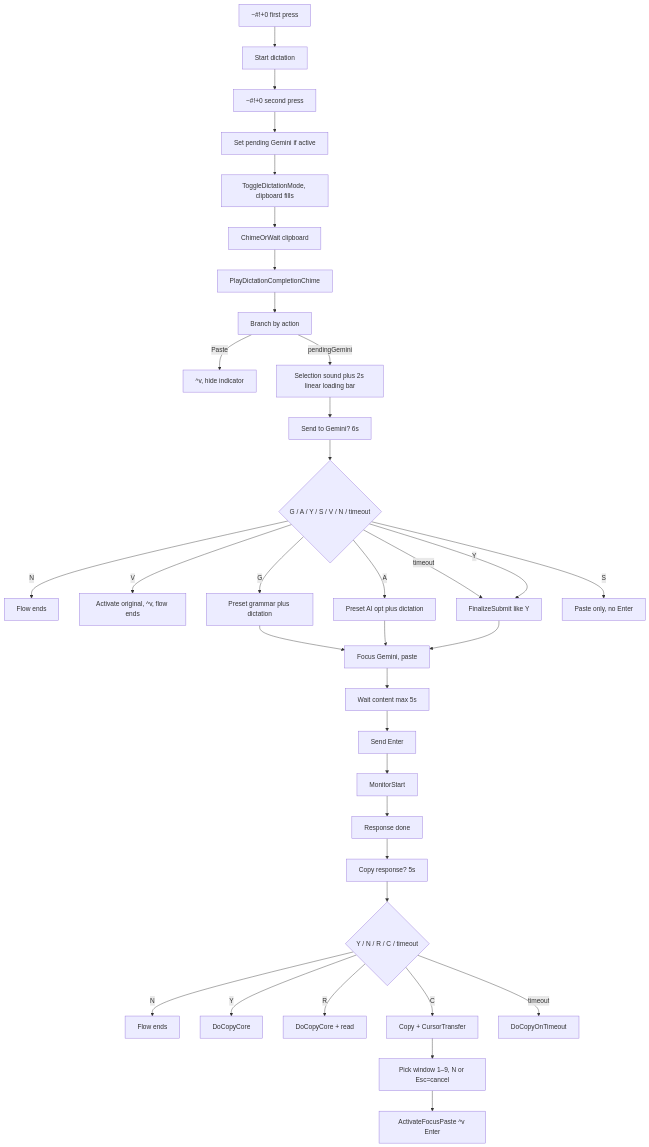
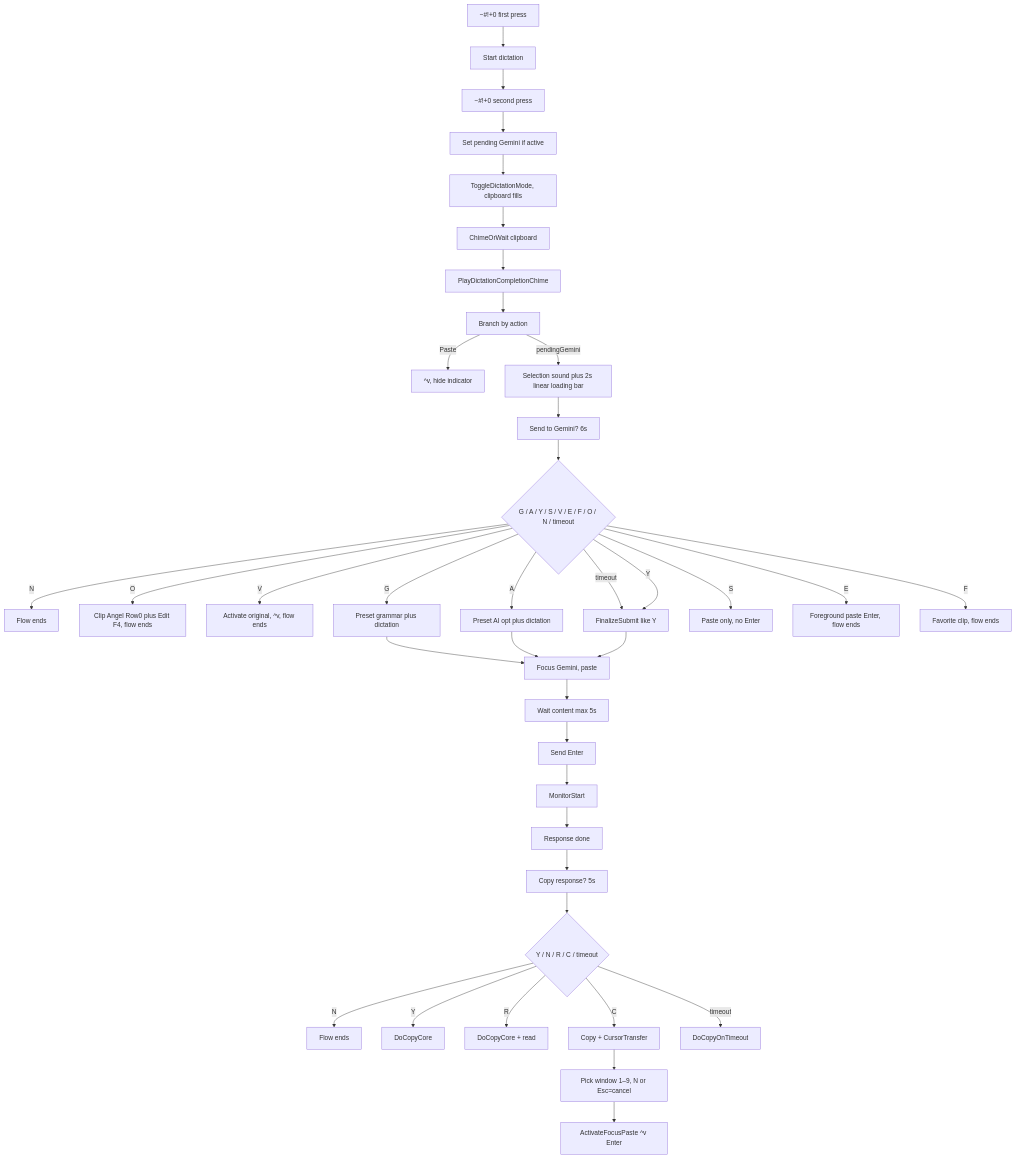
The first of 2 diagrams in docs/dictation-to-gemini-cursor-flow.md (duducm2/scripts), drawn with Mermaid before and after one commit. The commit also changed other lines of this file and 3 other files, not shown here.

Commit message:
Enhance Clip Angel integration in D2C_FlowManager: add new hotkey for opening Clip Angel and editing text (F4), update documentation for dictation flow to include new options, and improve formatting in Utils.ahk for better readability.

````diff
--- a/docs/dictation-to-gemini-cursor-flow.md
+++ b/docs/dictation-to-gemini-cursor-flow.md
@@ -20,39 +21,42 @@
 ```mermaid
 flowchart TB
     H0["~#!+0 first press"]
     H0 --> StartDict["Start dictation"]
     StartDict --> H0Stop["~#!+0 second press"]
     H0Stop --> SetPending["Set pending Gemini if active"]
     SetPending --> ToggleMode["ToggleDictationMode, clipboard fills"]
     ToggleMode --> WaitClip["ChimeOrWait clipboard"]
     WaitClip --> PlayChime["PlayDictationCompletionChime"]
     PlayChime --> Branch["Branch by action"]
     Branch --> |"Paste"| PasteOnly["^v, hide indicator"]
     Branch --> |"pendingGemini"| PreMenu["Selection sound plus 2s linear loading bar"]
     PreMenu --> ShowAndWait["Send to Gemini? 6s"]
-    ShowAndWait --> User6s{"G / A / Y / S / V / N / timeout"}
+    ShowAndWait --> User6s{"G / A / Y / S / V / E / F / O / N / timeout"}
     User6s --> |"N"| Stop6s["Flow ends"]
+    User6s --> |"O"| ClipAngelOpen["Clip Angel Row0 plus Edit F4, flow ends"]
     User6s --> |"V"| PasteOrig["Activate original, ^v, flow ends"]
     User6s --> |"timeout"| Finalize["FinalizeSubmit like Y"]
     User6s --> |"Y"| Finalize
     User6s --> |"G"| FinalizePreset["Preset grammar plus dictation"]
     User6s --> |"A"| FinalizeAiopt["Preset AI opt plus dictation"]
     FinalizePreset --> PasteGemini
     FinalizeAiopt --> PasteGemini
     User6s --> |"S"| PasteOnly6s["Paste only, no Enter"]
+    User6s --> |"E"| PasteSendHere["Foreground paste Enter, flow ends"]
+    User6s --> |"F"| FavoriteClip["Favorite clip, flow ends"]
     Finalize --> PasteGemini["Focus Gemini, paste"]
     PasteGemini --> WaitContent["Wait content max 5s"]
     WaitContent --> SendEnter["Send Enter"]
     SendEnter --> StartMonitor["MonitorStart"]
     StartMonitor --> ResponseDone["Response done"]
     ResponseDone --> BannerCopy["Copy response? 5s"]
     BannerCopy --> UserCopy{"Y / N / R / C / timeout"}
     UserCopy --> |"N"| StopCopy["Flow ends"]
     UserCopy --> |"Y"| DoCopyOnly["DoCopyCore"]
     UserCopy --> |"R"| DoCopyRead["DoCopyCore + read"]
     UserCopy --> |"C"| DoTransfer["Copy + CursorTransfer"]
     UserCopy --> |"timeout"| DoCopyTimeout["DoCopyOnTimeout"]
 
     DoTransfer --> SelectWin["Pick window 1–9, N or Esc=cancel"]
     SelectWin --> ActivatePaste["ActivateFocusPaste ^v Enter"]
 ```
````
